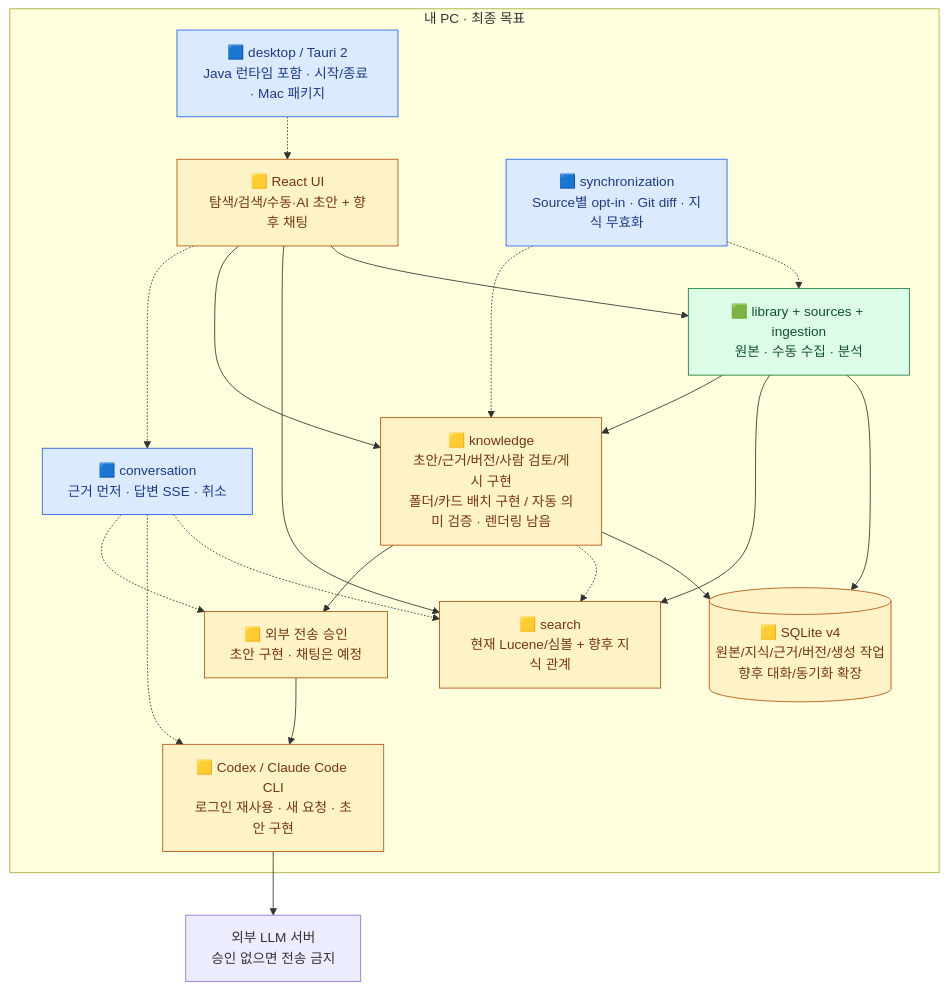
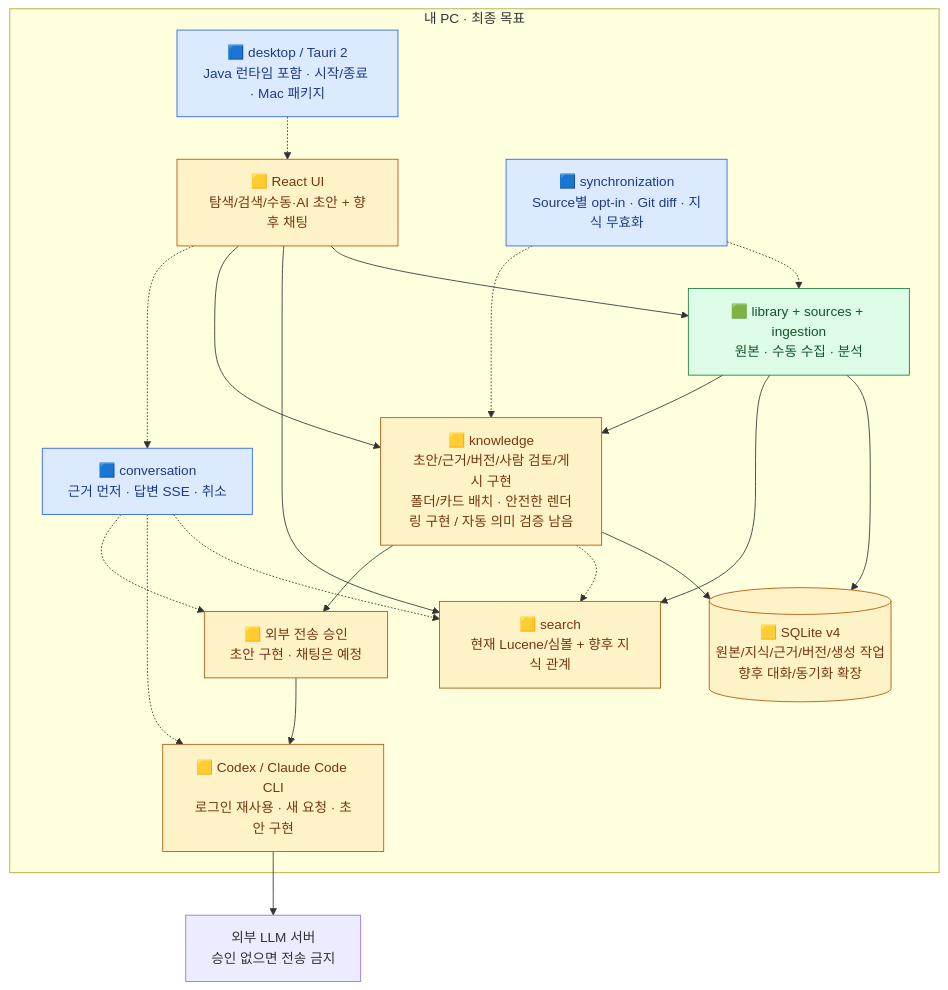
The third of 7 diagrams in docs/design-map.md (thisisnew/dougle), drawn with Mermaid before and after one commit. The commit also changed other lines of this file and 22 other files, not shown here.

````diff
--- a/docs/design-map.md
+++ b/docs/design-map.md
@@ -121,39 +122,39 @@
 ```mermaid
 flowchart TB
     subgraph PC["내 PC · 최종 목표"]
         HOST["🟦 desktop / Tauri 2<br/>Java 런타임 포함 · 시작/종료 · Mac 패키지"]
         UI["🟨 React UI<br/>탐색/검색/수동·AI 초안 + 향후 채팅"]
         RAW["🟩 library + sources + ingestion<br/>원본 · 수동 수집 · 분석"]
         RET["🟨 search<br/>현재 Lucene/심볼 + 향후 지식 관계"]
-        KNOW["🟨 knowledge<br/>초안/근거/버전/사람 검토/게시 구현<br/>폴더/카드 배치 구현 / 자동 의미 검증 · 렌더링 남음"]
+        KNOW["🟨 knowledge<br/>초안/근거/버전/사람 검토/게시 구현<br/>폴더/카드 배치 · 안전한 렌더링 구현 / 자동 의미 검증 남음"]
         CHAT["🟦 conversation<br/>근거 먼저 · 답변 SSE · 취소"]
         SYNC["🟦 synchronization<br/>Source별 opt-in · Git diff · 지식 무효화"]
         SQL[("🟨 SQLite v4<br/>원본/지식/근거/버전/생성 작업<br/>향후 대화/동기화 확장")]
         MODEL["🟨 Codex / Claude Code CLI<br/>로그인 재사용 · 새 요청 · 초안 구현"]
         POLICY["🟨 외부 전송 승인<br/>초안 구현 · 채팅은 예정"]
         HOST -.-> UI
         UI --> RAW
         UI --> RET
         UI --> KNOW
         UI -.-> CHAT
         RAW --> SQL
         RAW --> RET
         RAW --> KNOW
         KNOW --> SQL
         KNOW -.-> RET
         POLICY --> MODEL
         CHAT -.-> RET
         CHAT -.-> MODEL
         CHAT -.-> POLICY
         KNOW --> POLICY
         SYNC -.-> RAW
         SYNC -.-> KNOW
     end
     MODEL --> EXT["외부 LLM 서버<br/>승인 없으면 전송 금지"]
     classDef done fill:#dcfce7,stroke:#15803d,color:#14532d
     classDef partial fill:#fef3c7,stroke:#b45309,color:#78350f
     classDef planned fill:#dbeafe,stroke:#2563eb,color:#1e3a8a
     class RAW done
     class UI,RET,SQL,KNOW,MODEL,POLICY partial
     class HOST,CHAT,SYNC planned
 ```
````
